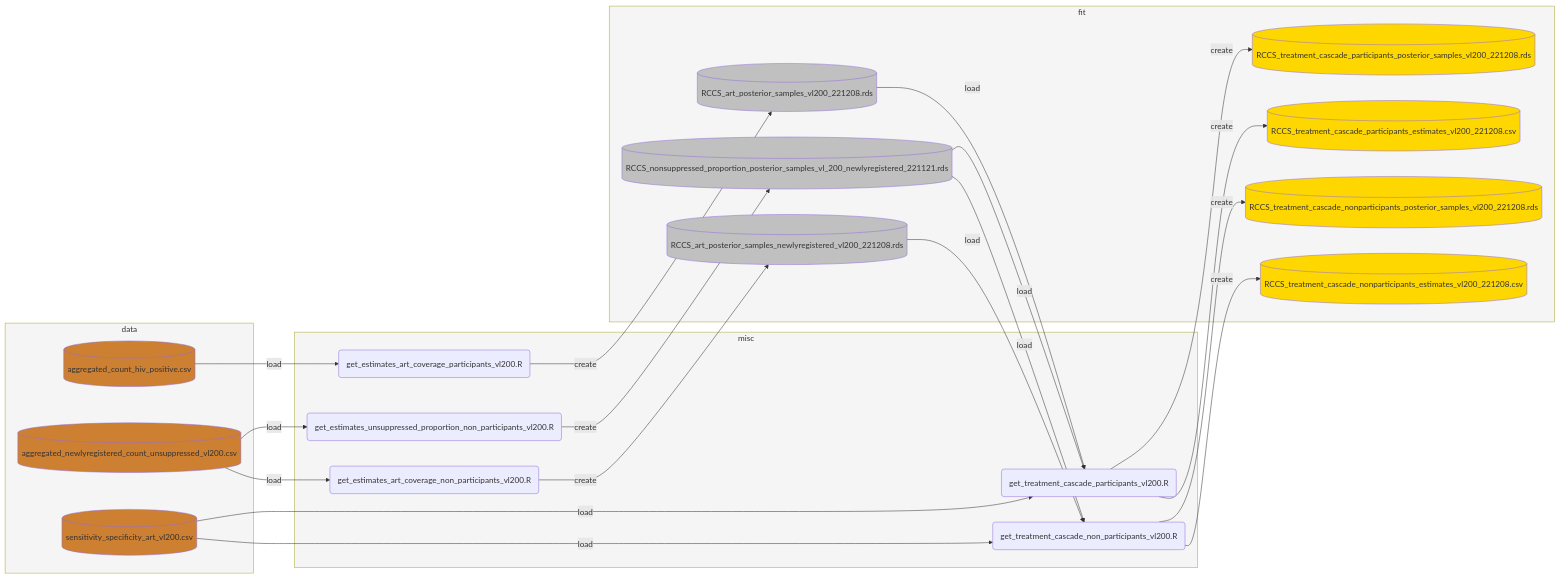
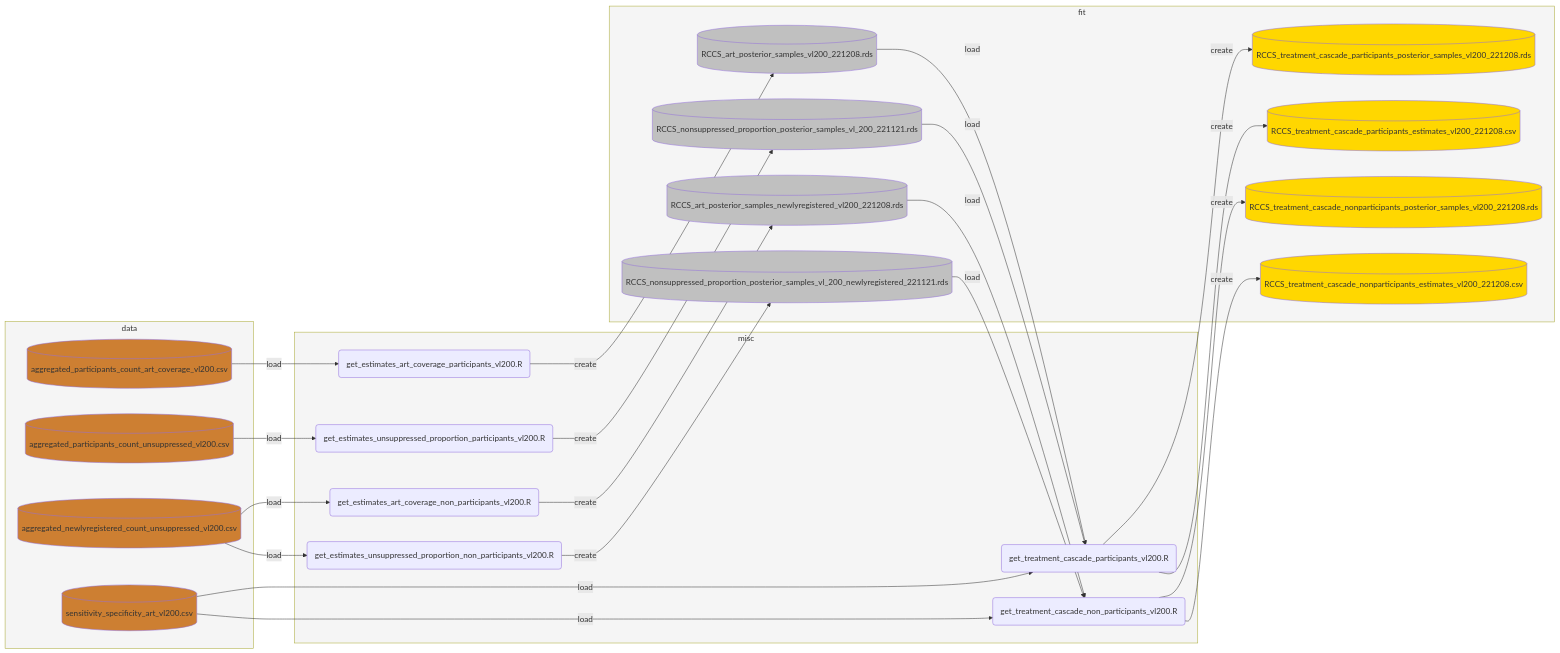
One commit to MLGlobalHealth/phyloSI-RakaiAgeGender changed the second of 3 diagrams in README.md. Above: the diagram before and after it, drawn with Mermaid.

Commit message:
[update] fix stage 2 preprocessing

````diff
--- a/README.md
+++ b/README.md
@@ -158,65 +158,71 @@
 ```mermaid
   flowchart LR
     subgraph data
-      d1[(aggregated_count_hiv_positive.csv)]
+      d1[(aggregated_participants_count_art_coverage_vl200.csv)]
       d2[(aggregated_newlyregistered_count_unsuppressed_vl200.csv)]
-      d3[(sensitivity_specificity_art_vl200.csv)]
+      d3[(aggregated_participants_count_unsuppressed_vl200.csv)]
+      d4[(sensitivity_specificity_art_vl200.csv)]
     end
     style d1 fill:#CD7F32
     style d2 fill:#CD7F32
     style d3 fill:#CD7F32
+    style d4 fill:#CD7F32
     style data fill:#F5F5F5
 
     subgraph misc
       r1(get_estimates_art_coverage_participants_vl200.R)
-      r2(get_estimates_unsuppressed_proportion_non_participants_vl200.R)
-      r3(get_treatment_cascade_participants_vl200.R)
-      r4(get_estimates_art_coverage_non_participants_vl200.R)
-      r5(get_treatment_cascade_non_participants_vl200.R)
+      r2(get_estimates_art_coverage_non_participants_vl200.R)
+      r3(get_estimates_unsuppressed_proportion_participants_vl200.R)
+      r4(get_estimates_unsuppressed_proportion_non_participants_vl200.R)
+      r5(get_treatment_cascade_participants_vl200.R)
+      r6(get_treatment_cascade_non_participants_vl200.R)
     end
     style misc fill:#F5F5F5
 
     subgraph fit
       f1[(RCCS_art_posterior_samples_vl200_221208.rds)]
-      f2[(RCCS_nonsuppressed_proportion_posterior_samples_vl_200_newlyregistered_221121.rds)]
+      f2[(RCCS_art_posterior_samples_newlyregistered_vl200_221208.rds)]
+      f3[(RCCS_nonsuppressed_proportion_posterior_samples_vl_200_221121.rds)]
+      f4[(RCCS_nonsuppressed_proportion_posterior_samples_vl_200_newlyregistered_221121.rds)]
 
-      f3[(RCCS_treatment_cascade_participants_posterior_samples_vl200_221208.rds)]
+      f5[(RCCS_treatment_cascade_participants_posterior_samples_vl200_221208.rds)]
+      f6[(RCCS_treatment_cascade_participants_estimates_vl200_221208.csv)]
 
-      f4[(RCCS_treatment_cascade_participants_estimates_vl200_221208.csv)]
-
-      f5[(RCCS_art_posterior_samples_newlyregistered_vl200_221208.rds)]
-
-      f6[(RCCS_treatment_cascade_nonparticipants_posterior_samples_vl200_221208.rds)]
-      f7[(RCCS_treatment_cascade_nonparticipants_estimates_vl200_221208.csv)]
+      f7[(RCCS_treatment_cascade_nonparticipants_posterior_samples_vl200_221208.rds)]
+      f8[(RCCS_treatment_cascade_nonparticipants_estimates_vl200_221208.csv)]
     end
     style f1 fill:#C0C0C0
     style f2 fill:#C0C0C0
-    style f5 fill:#C0C0C0
-
-    style f3 fill:#FFD700
-    style f4 fill:#FFD700
+    style f3 fill:#C0C0C0
+    style f4 fill:#C0C0C0
+    
+    style f5 fill:#FFD700
     style f6 fill:#FFD700
     style f7 fill:#FFD700
+    style f8 fill:#FFD700
     style fit fill:#F5F5F5
     
     d1 -- load --> r1
     r1 -- create --> f1
 
     d2 -- load --> r2
     r2 -- create --> f2
 
-    d3 -- load ---> r3
-    f1 -- load --> r3
-    f2 -- load --> r3
+    d3 -- load --> r3
     r3 -- create --> f3
-    r3 -- create --> f4
 
     d2 -- load --> r4
-    r4 -- create --> f5
+    r4 -- create --> f4
 
-    d3 -- load --> r5
-    f5 -- load --> r5
-    f2 -- load --> r5
+    d4 -- load --> r5
+    f1 -- load --> r5
+    f3 -- load --> r5
+    r5 -- create --> f5
     r5 -- create --> f6
-    r5 -- create --> f7
+
+    d4 -- load --> r6
+    f2 -- load --> r6
+    f4 -- load --> r6
+    r6 -- create --> f7
+    r6 -- create --> f8
 ```
````
